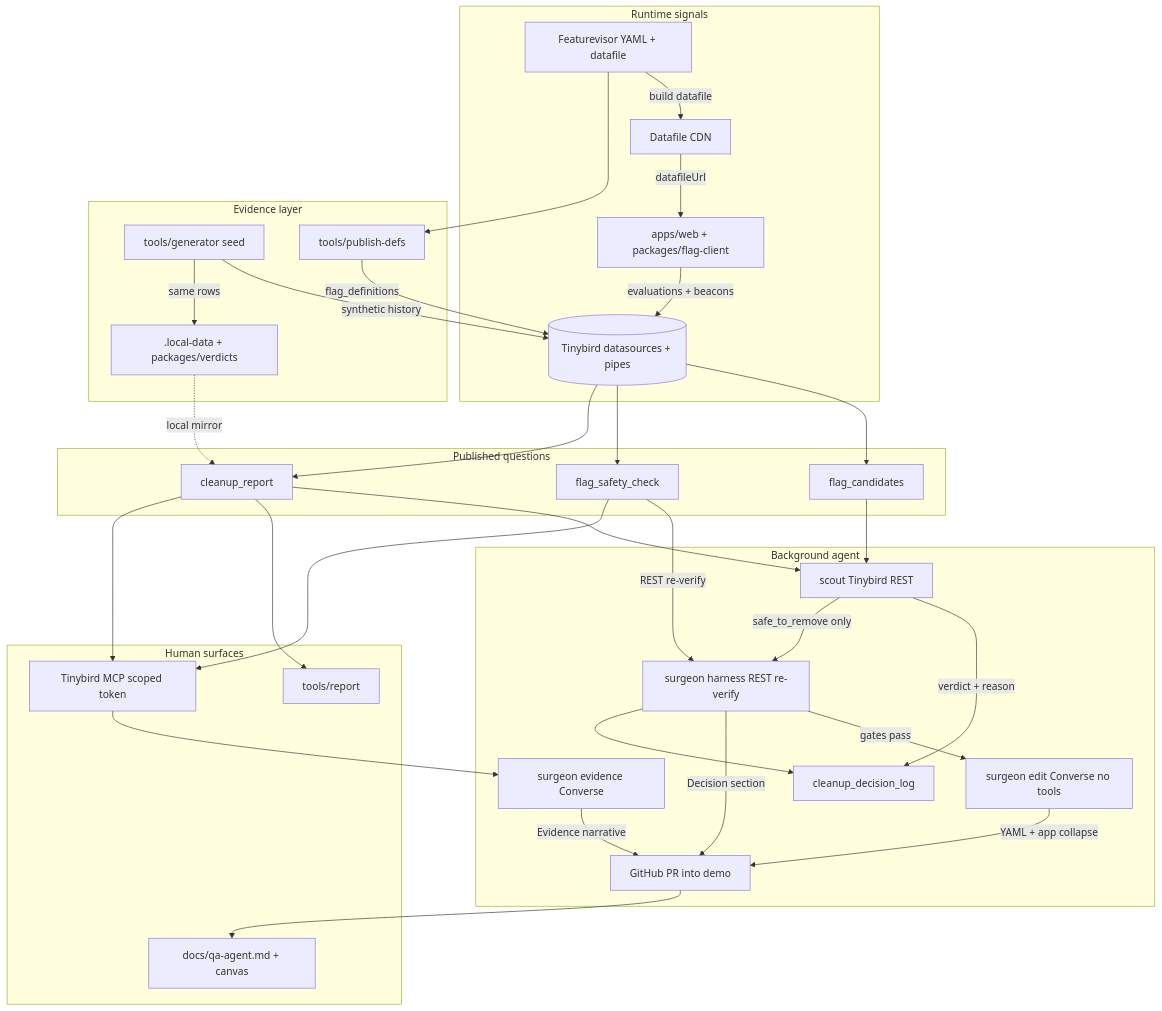
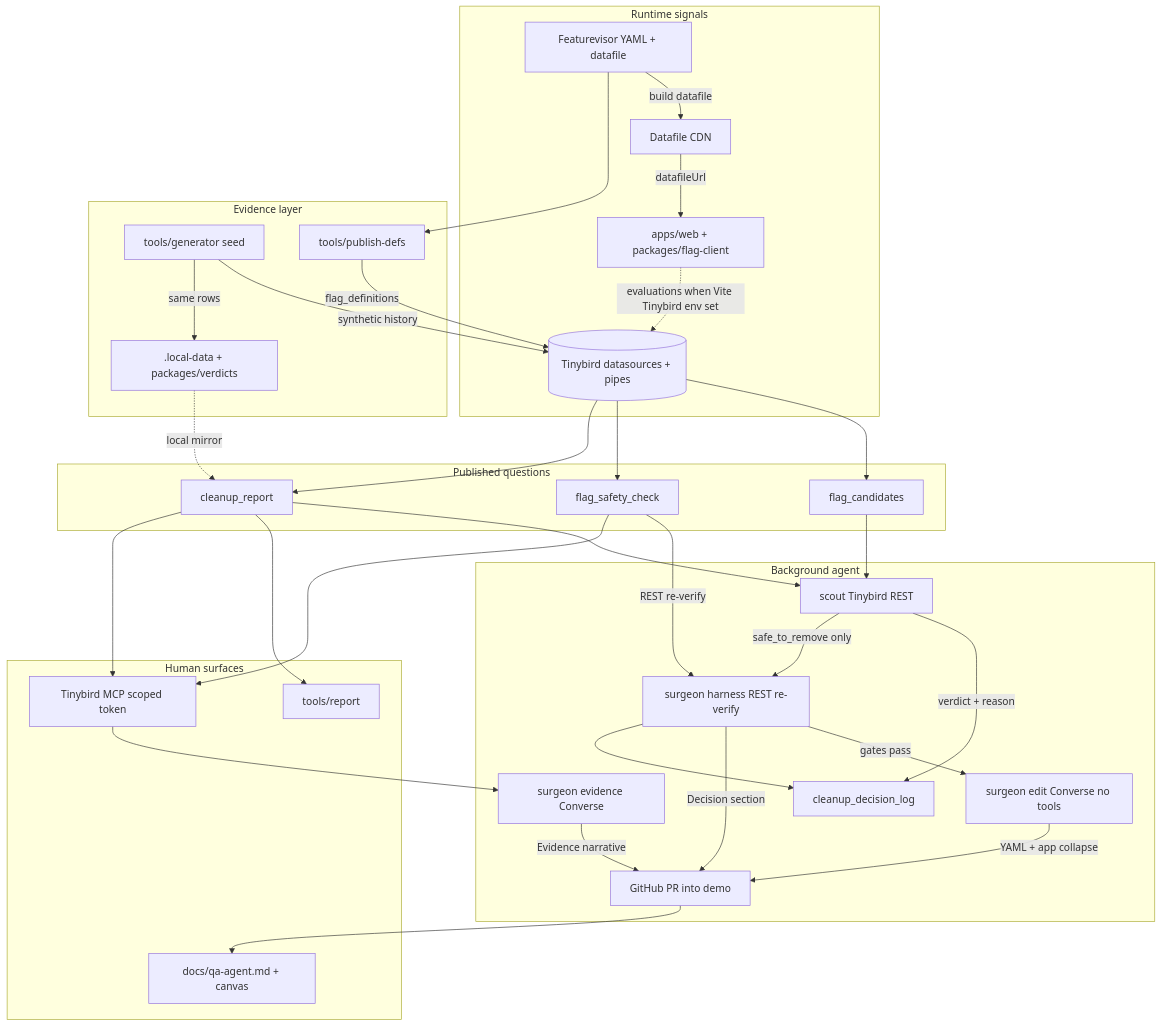
Before and after one commit to lucamezzalira/stale-flag-cleanup: the first of 3 diagrams in README.md, drawn with Mermaid. The commit also changed other lines of this file and 12 other files, not shown here.

````diff
--- a/README.md
+++ b/README.md
@@ -16,62 +21,62 @@
 ```mermaid
 flowchart TB
   subgraph runtime [Runtime signals]
     FV[Featurevisor YAML + datafile]
     WEB[apps/web + packages/flag-client]
     CDN[Datafile CDN]
     FV -->|build datafile| CDN
     CDN -->|datafileUrl| WEB
-    WEB -->|evaluations + beacons| TB
+    WEB -.->|evaluations when Vite Tinybird env set| TB
   end
 
   subgraph evidence [Evidence layer]
     GEN[tools/generator seed]
     DEFS[tools/publish-defs]
     TB[(Tinybird datasources + pipes)]
     LOCAL[.local-data + packages/verdicts]
     GEN -->|synthetic history| TB
     GEN -->|same rows| LOCAL
     DEFS -->|flag_definitions| TB
     FV --> DEFS
   end
 
   subgraph questions [Published questions]
     CAND[flag_candidates]
     SAFE[flag_safety_check]
     RPT[cleanup_report]
     TB --> CAND
     TB --> SAFE
     TB --> RPT
     LOCAL -.local mirror.-> RPT
   end
 
   subgraph agent [Background agent]
     SCOUT[scout Tinybird REST]
     SURG[surgeon harness REST re-verify]
     EDIT[surgeon edit Converse no tools]
     EVID[surgeon evidence Converse]
     GH[GitHub PR into demo]
     LOG[cleanup_decision_log]
     CAND --> SCOUT
     RPT --> SCOUT
     SAFE -->|REST re-verify| SURG
     SCOUT -->|verdict + reason| LOG
     SCOUT -->|safe_to_remove only| SURG
     SURG -->|gates pass| EDIT
     EDIT -->|YAML + app collapse| GH
     SURG -->|Decision section| GH
     EVID -->|Evidence narrative| GH
     SURG --> LOG
   end
 
   subgraph humans [Human surfaces]
     CLI[tools/report]
     MCP[Tinybird MCP scoped token]
     QA[docs/qa-agent.md + canvas]
     RPT --> CLI
     RPT --> MCP
     SAFE --> MCP
     MCP --> EVID
     GH --> QA
   end
 ```
````
